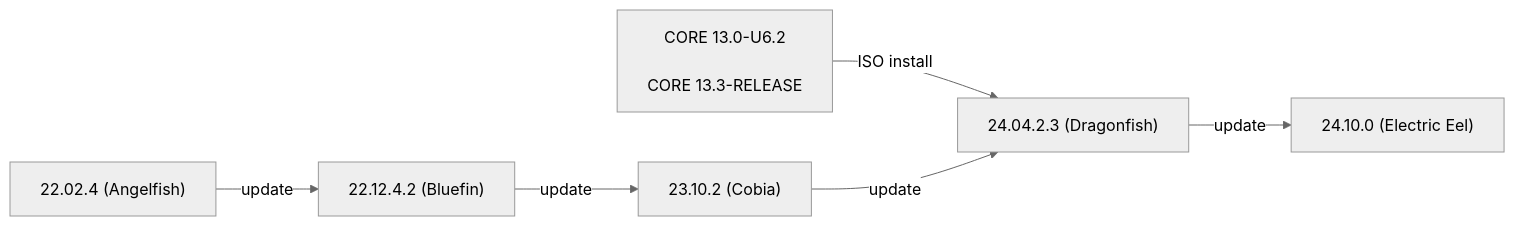
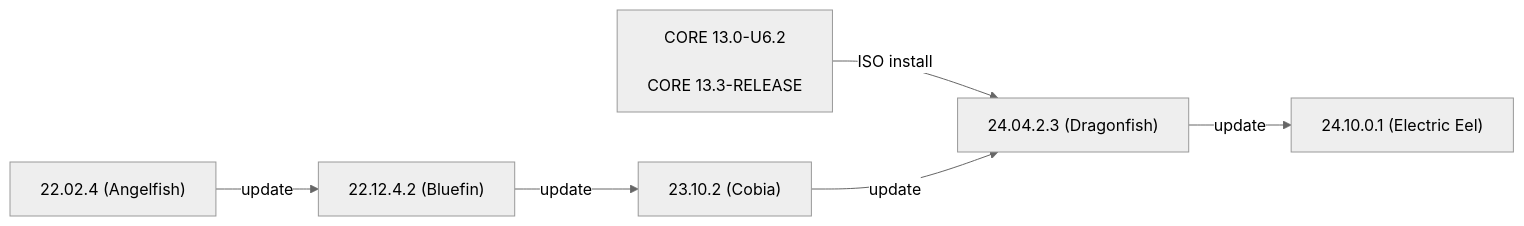
Before and after one commit to truenas/documentation: the first of 2 diagrams in static/includes/SCALEUpgradePaths.md, drawn with Mermaid (neutral theme). The commit also changed other lines of this file, not shown here.

```diff
--- a/static/includes/SCALEUpgradePaths.md
+++ b/static/includes/SCALEUpgradePaths.md
@@ -49,9 +49,9 @@
           {{< mermaid class="mermaid_sizing" >}}
           flowchart LR
             A["22.02.4 (Angelfish)"] -->|update| C
             B["CORE 13.0-U6.2<br><br>CORE 13.3-RELEASE"] -->|ISO install| E
             C["22.12.4.2 (Bluefin)"] -->|update| D
             D["23.10.2 (Cobia)"] -->|update| E
             E["24.04.2.3 (Dragonfish)"] -->|update| H
-            H["24.10.0 (Electric Eel)"]
+            H["24.10.0.1 (Electric Eel)"]
           {{< /mermaid >}}
```
